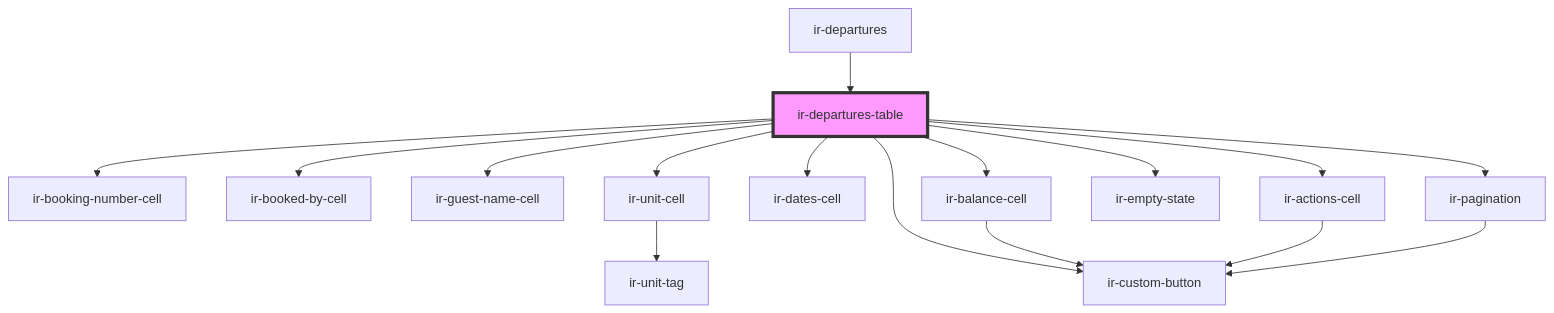
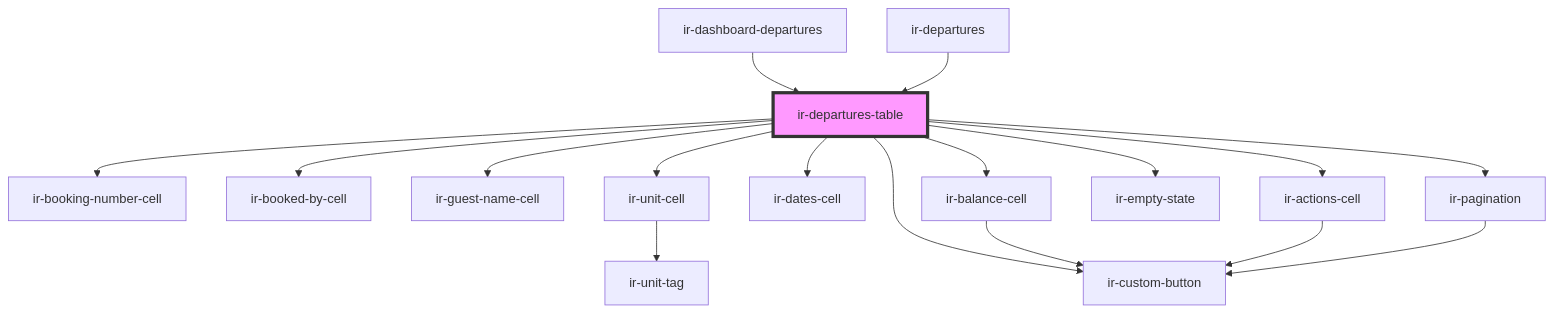
The diagram in src/components/ir-departures/ir-departures-table/readme.md (RonyRizk/ir-webcmp), drawn with Mermaid before and after one commit. The commit also changed other lines of this file and 76 other files, not shown here.

````diff
--- a/src/components/ir-departures/ir-departures-table/readme.md
+++ b/src/components/ir-departures/ir-departures-table/readme.md
@@ -37,19 +46,20 @@
 ```mermaid
 graph TD;
   ir-departures-table --> ir-booking-number-cell
   ir-departures-table --> ir-booked-by-cell
   ir-departures-table --> ir-guest-name-cell
   ir-departures-table --> ir-unit-cell
   ir-departures-table --> ir-dates-cell
   ir-departures-table --> ir-balance-cell
   ir-departures-table --> ir-actions-cell
+  ir-departures-table --> ir-empty-state
   ir-departures-table --> ir-custom-button
-  ir-departures-table --> ir-empty-state
   ir-departures-table --> ir-pagination
   ir-unit-cell --> ir-unit-tag
   ir-balance-cell --> ir-custom-button
   ir-actions-cell --> ir-custom-button
   ir-pagination --> ir-custom-button
+  ir-dashboard-departures --> ir-departures-table
   ir-departures --> ir-departures-table
   style ir-departures-table fill:#f9f,stroke:#333,stroke-width:4px
 ```
````
